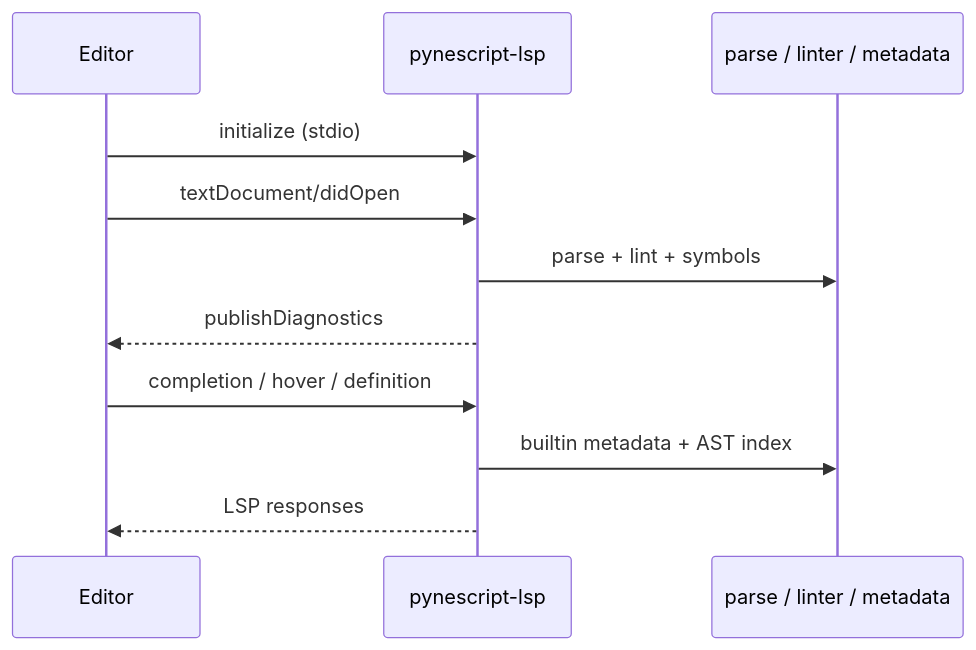
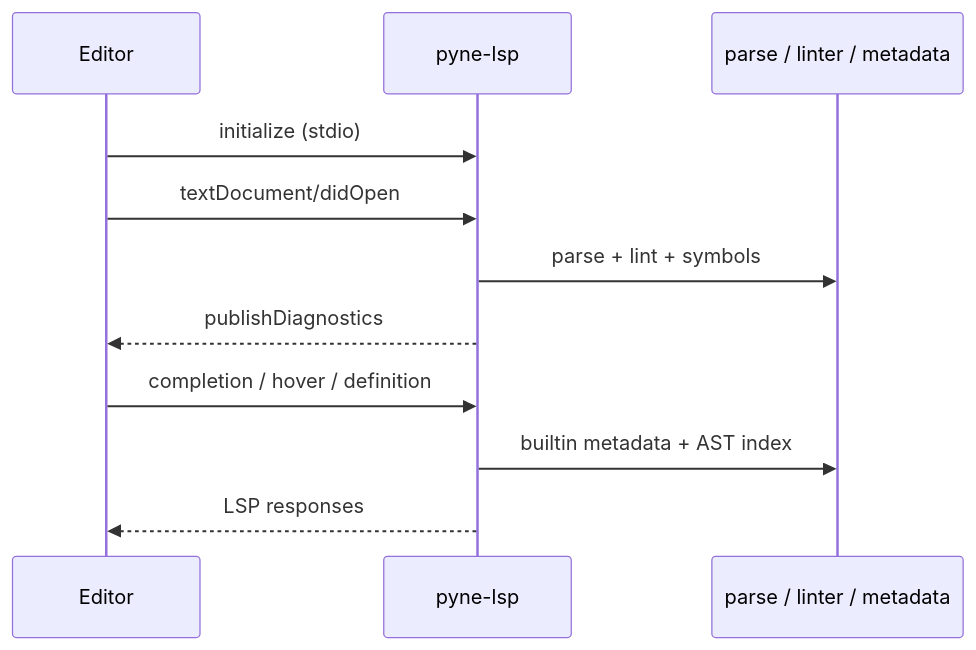
The diagram in docs/pyne/enduser/guides/editors.mdx (hoox-sh/pyne), drawn with Mermaid before and after one commit. The commit also changed other lines of this file and 44 other files, not shown here.

````diff
--- a/docs/pyne/enduser/guides/editors.mdx
+++ b/docs/pyne/enduser/guides/editors.mdx
@@ -33,13 +33,13 @@
 ```mermaid
 sequenceDiagram
   participant Ed as Editor
-  participant LSP as pynescript-lsp
+  participant LSP as pyne-lsp
   participant AST as parse / linter / metadata
   Ed->>LSP: initialize (stdio)
   Ed->>LSP: textDocument/didOpen
   LSP->>AST: parse + lint + symbols
   LSP-->>Ed: publishDiagnostics
   Ed->>LSP: completion / hover / definition
   LSP->>AST: builtin metadata + AST index
   LSP-->>Ed: LSP responses
 ```
````
